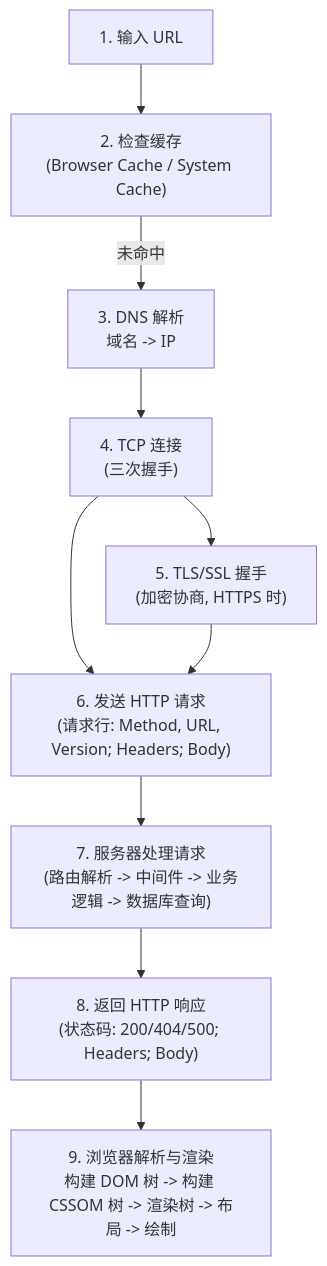
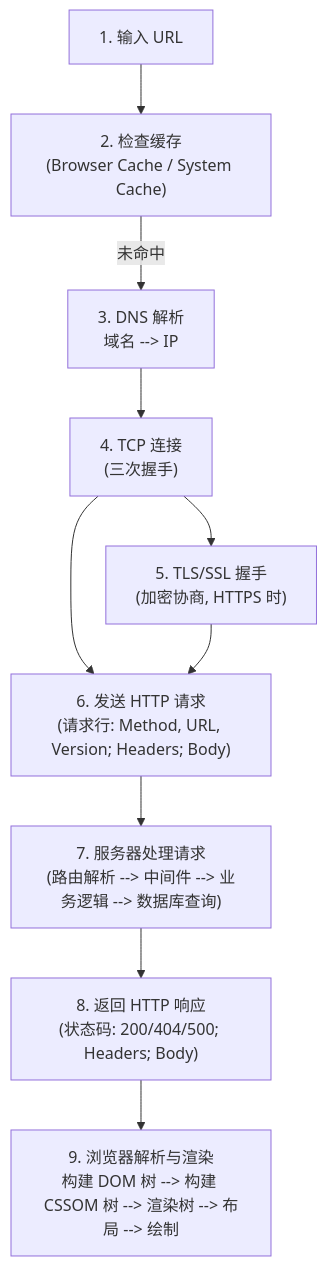
Before and after one commit to SunArthur86/interview-2026: the diagram in questions/java-core/dsl-065.md, drawn with Mermaid. The commit also changed 20 other files, not shown here.

First line of the commit message:
修复 11 个 mermaid 语法错误 + 新增批量生成/验证脚本

````diff
--- a/questions/java-core/dsl-065.md
+++ b/questions/java-core/dsl-065.md
@@ -148,22 +148,22 @@
 ```mermaid
 flowchart TD
     URL["1. 输入 URL"]
     CACHE["2. 检查缓存<br/>(Browser Cache / System Cache)"]
-    DNS["3. DNS 解析<br/>域名 -> IP"]
+    DNS["3. DNS 解析<br/>域名 --> IP"]
     TCP["4. TCP 连接<br/>(三次握手)"]
     TLS["5. TLS/SSL 握手<br/>(加密协商, HTTPS 时)"]
     REQ["6. 发送 HTTP 请求<br/>(请求行: Method, URL, Version; Headers; Body)"]
-    SRV["7. 服务器处理请求<br/>(路由解析 -> 中间件 -> 业务逻辑 -> 数据库查询)"]
+    SRV["7. 服务器处理请求<br/>(路由解析 --> 中间件 --> 业务逻辑 --> 数据库查询)"]
     RESP["8. 返回 HTTP 响应<br/>(状态码: 200/404/500; Headers; Body)"]
-    RENDER["9. 浏览器解析与渲染<br/>构建 DOM 树 -> 构建 CSSOM 树 -> 渲染树 -> 布局 -> 绘制"]
+    RENDER["9. 浏览器解析与渲染<br/>构建 DOM 树 --> 构建 CSSOM 树 --> 渲染树 --> 布局 --> 绘制"]
 
     URL --> CACHE
     CACHE -- "未命中" --> DNS
     DNS --> TCP
     TCP --> TLS
     TCP --> REQ
     TLS --> REQ
     REQ --> SRV
     SRV --> RESP
     RESP --> RENDER
 ```
````
